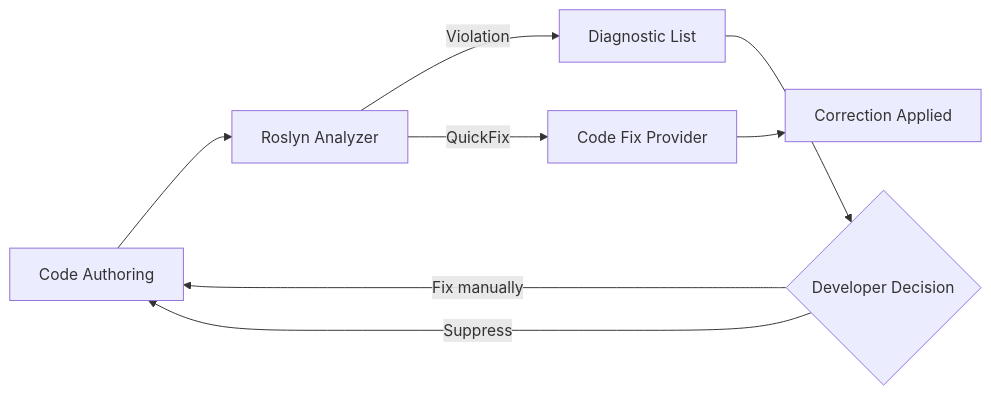
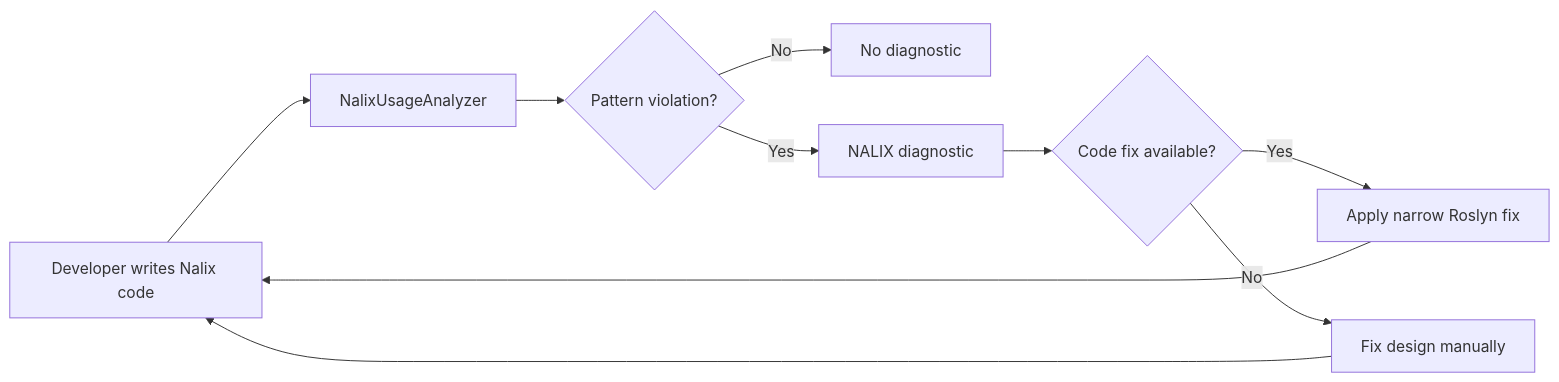
The diagram in docs/api/analyzers/index.md (ppn-systems/Nalix), drawn with Mermaid before and after one commit. The commit also changed other lines of this file and 114 other files, not shown here.

````diff
--- a/docs/api/analyzers/index.md
+++ b/docs/api/analyzers/index.md
@@ -7,10 +20,12 @@
 ```mermaid
-graph LR
-    A[Code Authoring] --> B[Roslyn Analyzer]
-    B -->|Violation| C[Diagnostic List]
-    B -->|QuickFix| D[Code Fix Provider]
-    D --> E[Correction Applied]
-    C --> F{Developer Decision}
-    F -->|Fix manually| A
-    F -->|Suppress| A
+flowchart LR
+    A["Developer writes Nalix code"] --> B["NalixUsageAnalyzer"]
+    B --> C{"Pattern violation?"}
+    C -->|No| D["No diagnostic"]
+    C -->|Yes| E["NALIX diagnostic"]
+    E --> F{"Code fix available?"}
+    F -->|Yes| G["Apply narrow Roslyn fix"]
+    F -->|No| H["Fix design manually"]
+    G --> A
+    H --> A
 ```
````
